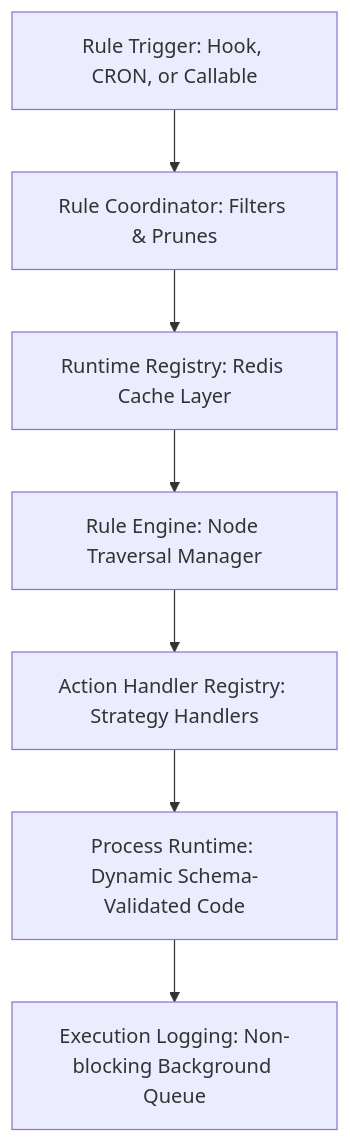
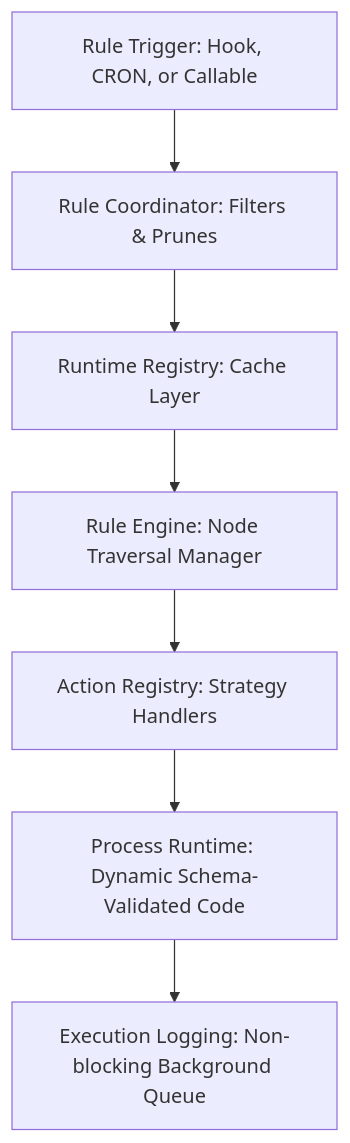
Before and after one commit to Brusk-eng/flexirule: the first of 2 diagrams in README.md, drawn with Mermaid. The commit also changed other lines of this file, not shown here.

````diff
--- a/README.md
+++ b/README.md
@@ -105,9 +102,9 @@
 ```mermaid
 graph TD
     Trigger[Rule Trigger: Hook, CRON, or Callable] --> Coordinator[Rule Coordinator: Filters & Prunes]
-    Coordinator --> Cache[Runtime Registry: Redis Cache Layer]
-    Cache --> Engine[Rule Engine: Node Traversal Manager]
-    Engine --> Handlers[Action Handler Registry: Strategy Handlers]
-    Handlers --> ProcRuntime[Process Runtime: Dynamic Schema-Validated Code]
-    ProcRuntime --> Logger[Execution Logging: Non-blocking Background Queue]
+    Coordinator --> Registry[Runtime Registry: Cache Layer]
+    Registry --> Engine[Rule Engine: Node Traversal Manager]
+    Engine --> ActionRegistry[Action Registry: Strategy Handlers]
+    ActionRegistry --> ProcessRuntime[Process Runtime: Dynamic Schema-Validated Code]
+    ProcessRuntime --> Logging[Execution Logging: Non-blocking Background Queue]
 ```
````
